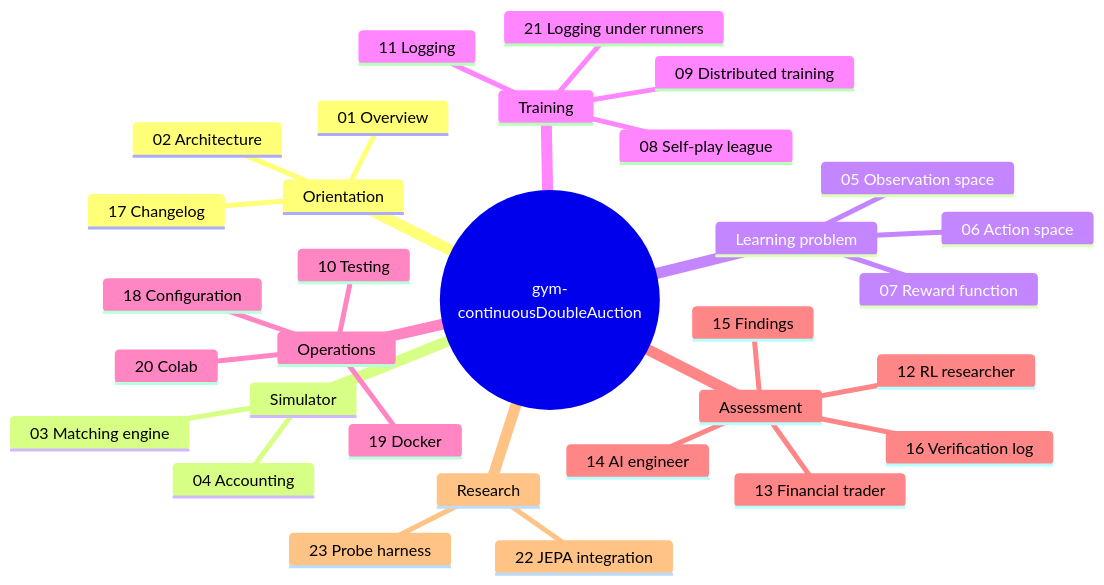
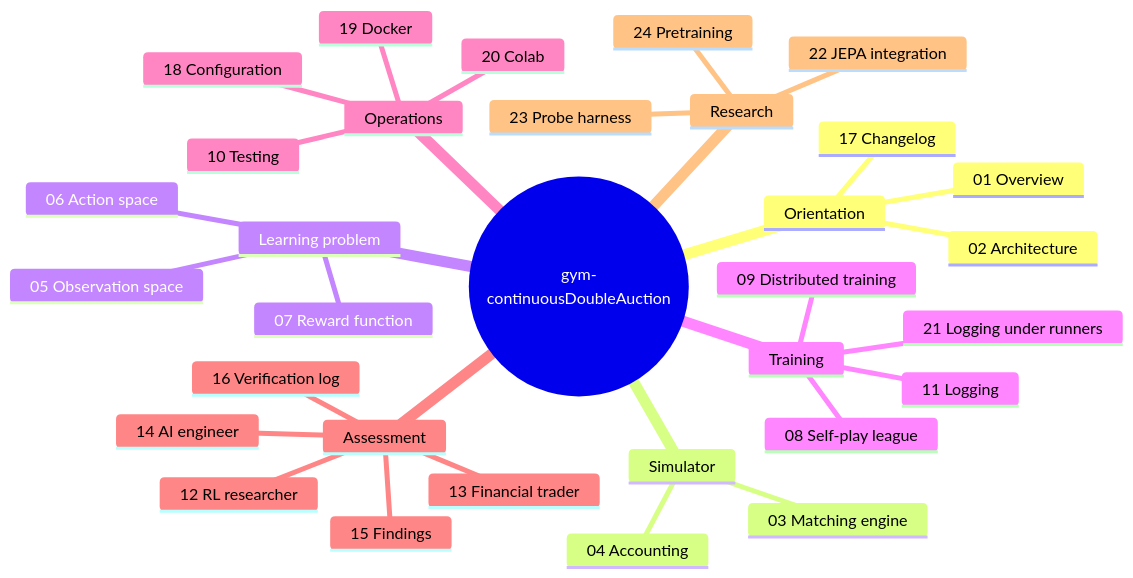
The second of 2 diagrams in README.md (ChuaCheowHuan/gym-continuousDoubleAuction), drawn with Mermaid before and after one commit. The commit also changed other lines of this file and 20 other files, not shown here.

````diff
--- a/README.md
+++ b/README.md
@@ -55,34 +55,35 @@
 ```mermaid
 mindmap
   root(("gym-continuousDoubleAuction"))
     Orientation
       01 Overview
       02 Architecture
       17 Changelog
     Simulator
       03 Matching engine
       04 Accounting
     Learning problem
       05 Observation space
       06 Action space
       07 Reward function
     Training
       08 Self-play league
       09 Distributed training
       11 Logging
       21 Logging under runners
     Operations
       18 Configuration
       19 Docker
       20 Colab
       10 Testing
     Assessment
       12 RL researcher
       13 Financial trader
       14 AI engineer
       15 Findings
       16 Verification log
     Research
       22 JEPA integration
       23 Probe harness
+      24 Pretraining
 ```
````
